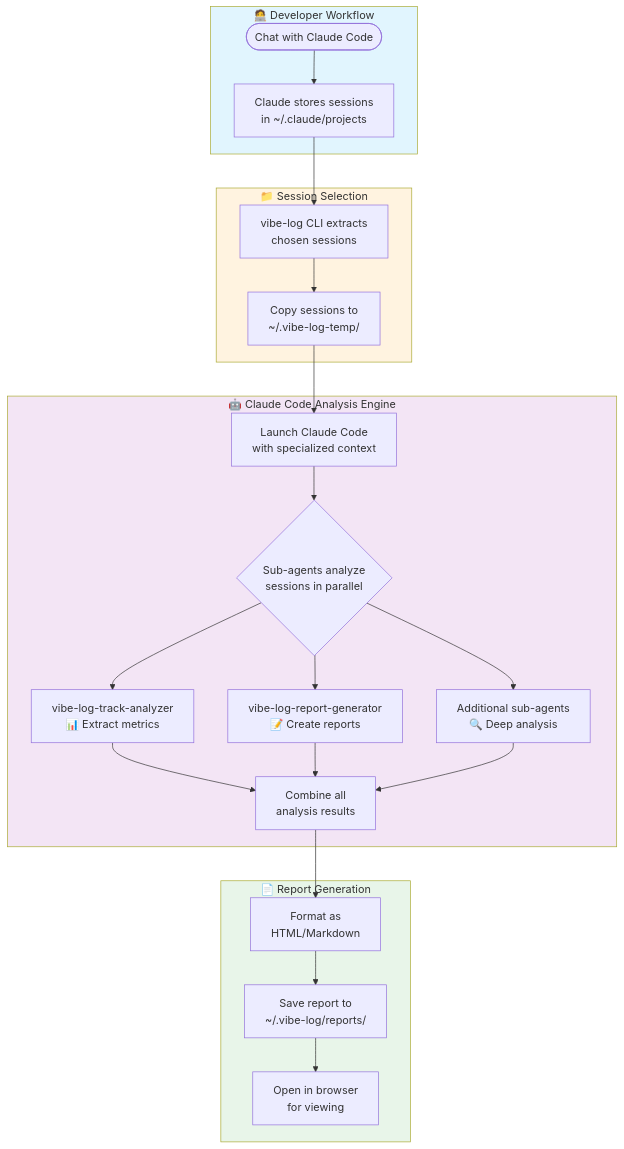
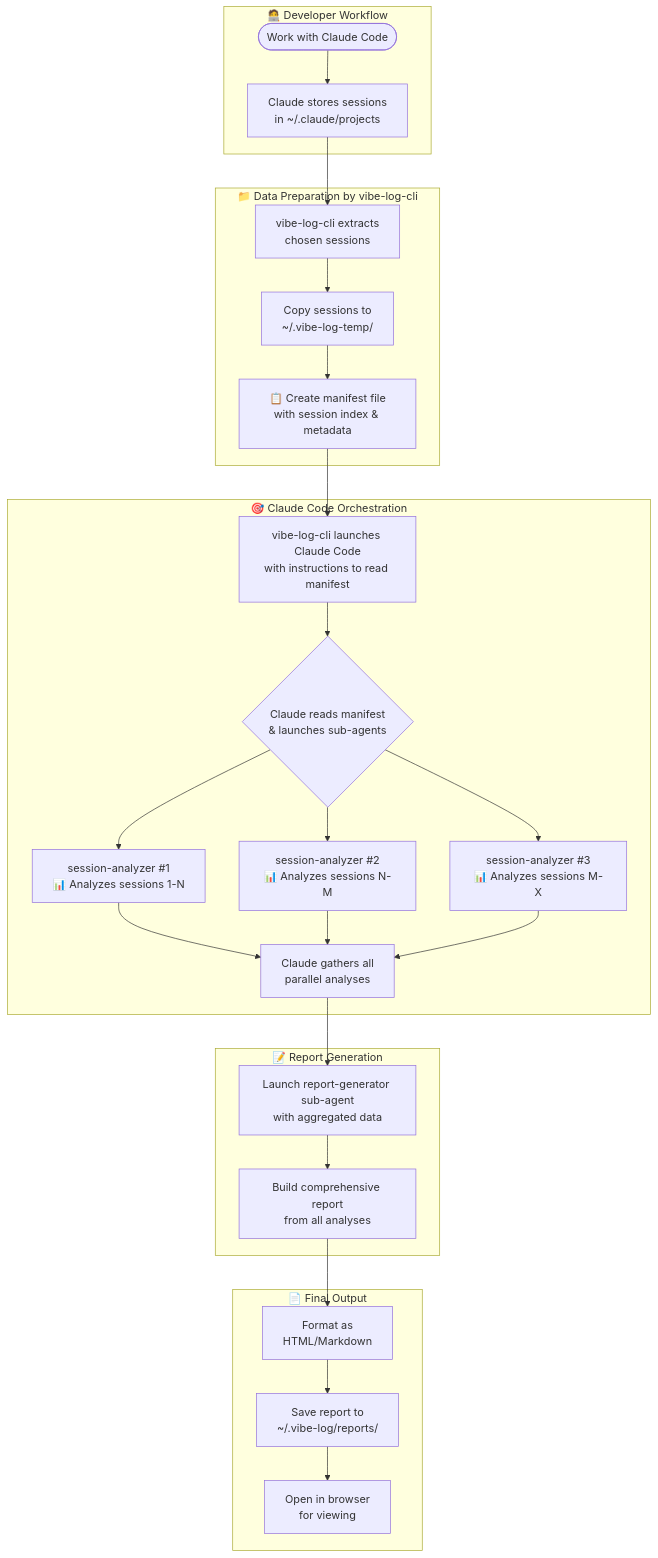
Before and after one commit to vibe-log/vibe-log-cli: the diagram in docs/local-generation-flow.md, drawn with Mermaid. The commit also changed other lines of this file and 2 other files, not shown here.

````diff
--- a/docs/local-generation-flow.md
+++ b/docs/local-generation-flow.md
@@ -8,36 +1,37 @@
 ```mermaid
 flowchart TD
     subgraph User ["🧑‍💻 Developer Workflow"]
-        Start([Chat with Claude Code]) --> Sessions[Claude stores sessions<br/>in ~/.claude/projects]
+        Start([Work with Claude Code]) --> Sessions[Claude stores sessions<br/>in ~/.claude/projects]
     end
 
-    subgraph Selection ["📁 Session Selection"]
-        Sessions --> Extract[vibe-log CLI extracts<br/>chosen sessions]
+    subgraph Preparation ["📁 Data Preparation by vibe-log-cli"]
+        Sessions --> Extract[vibe-log-cli extracts<br/>chosen sessions]
         Extract --> TempFolder[Copy sessions to<br/>~/.vibe-log-temp/]
+        TempFolder --> Manifest[📋 Create manifest file<br/>with session index & metadata]
     end
 
-    subgraph Analysis ["🤖 Claude Code Analysis Engine"]
-        TempFolder --> LaunchClaude[Launch Claude Code<br/>with specialized context]
+    subgraph Orchestration ["🎯 Claude Code Orchestration"]
+        Manifest --> LaunchMain[vibe-log-cli launches Claude Code<br/>with instructions to read manifest]
         
-        LaunchClaude --> Agents{Sub-agents analyze<br/>sessions in parallel}
+        LaunchMain --> Orchestrator{Claude reads manifest<br/>& launches sub-agents}
         
-        Agents --> A1[vibe-log-track-analyzer<br/>📊 Extract metrics]
-        Agents --> A2[vibe-log-report-generator<br/>📝 Create reports]
-        Agents --> A3[Additional sub-agents<br/>🔍 Deep analysis]
+        Orchestrator --> SA1[session-analyzer #1<br/>📊 Analyzes sessions 1-N]
+        Orchestrator --> SA2[session-analyzer #2<br/>📊 Analyzes sessions N-M]
+        Orchestrator --> SA3[session-analyzer #3<br/>📊 Analyzes sessions M-X]
         
-        A1 --> Combine[Combine all<br/>analysis results]
-        A2 --> Combine
-        A3 --> Combine
+        SA1 --> Gather[Claude gathers all<br/>parallel analyses]
+        SA2 --> Gather
+        SA3 --> Gather
     end
 
-    subgraph Output ["📄 Report Generation"]
-        Combine --> Format[Format as<br/>HTML/Markdown]
+    subgraph Reporting ["📝 Report Generation"]
+        Gather --> ReportGen[Launch report-generator sub-agent<br/>with aggregated data]
+        ReportGen --> Build[Build comprehensive report<br/>from all analyses]
+    end
+
+    subgraph Output ["📄 Final Output"]
+        Build --> Format[Format as<br/>HTML/Markdown]
         Format --> LocalReport[Save report to<br/>~/.vibe-log/reports/]
         LocalReport --> Open[Open in browser<br/>for viewing]
     end
-
-    style User fill:#e1f5fe
-    style Selection fill:#fff3e0
-    style Analysis fill:#f3e5f5
-    style Output fill:#e8f5e9
 ```
````
